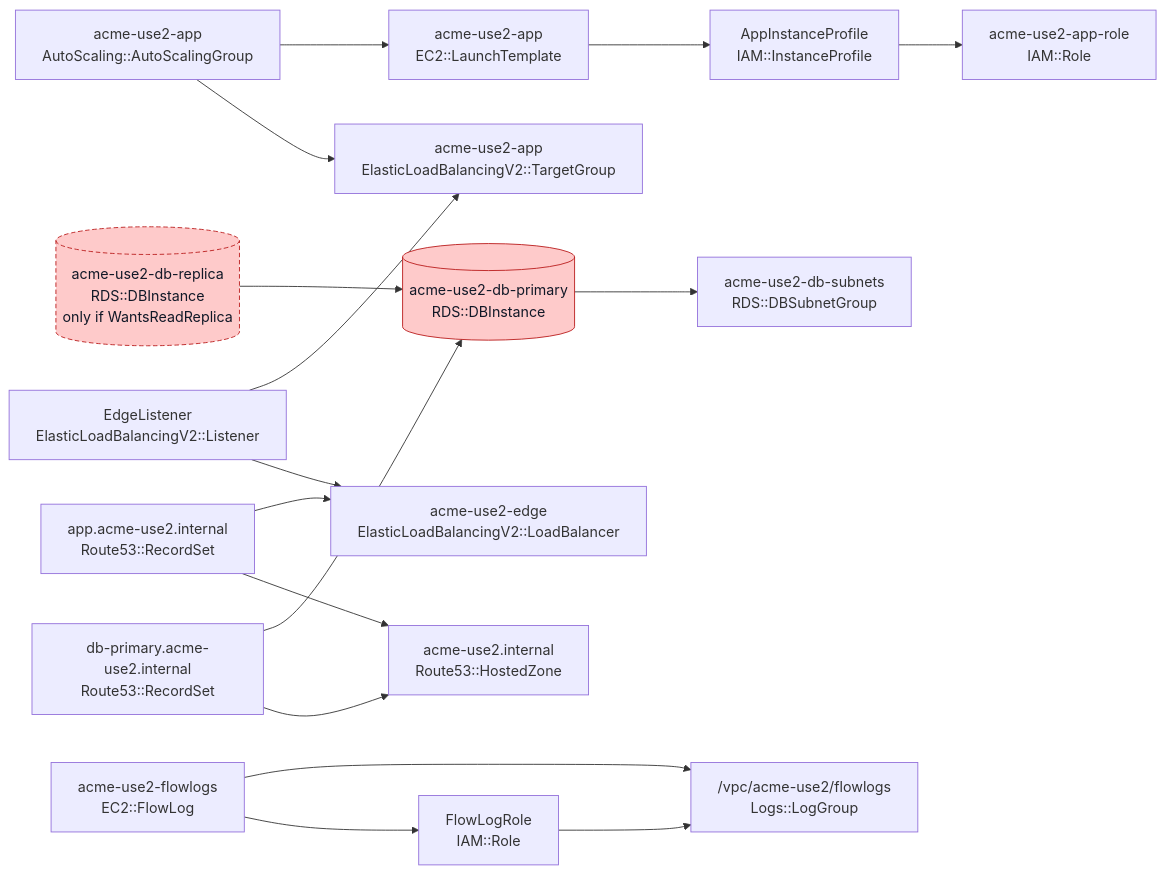
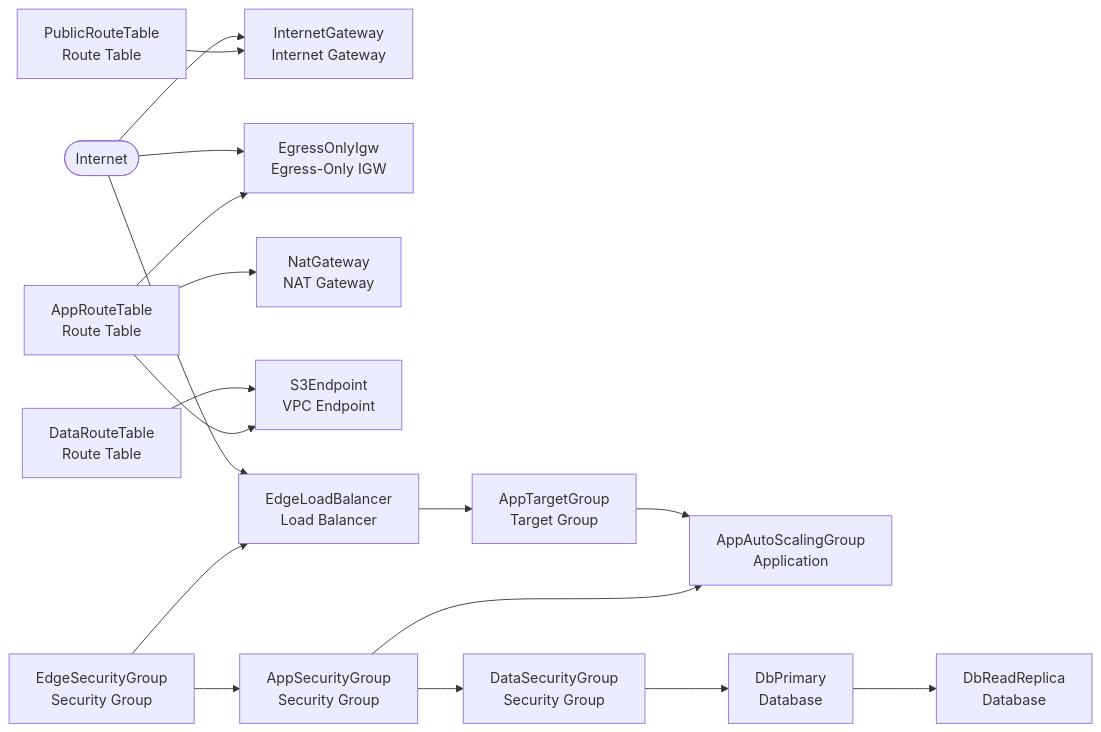
One commit to skyefugate/2026-09-SecKC-AI-Talk changed the diagram in iac/vpc-baseline/README.md. Above: the diagram before and after it, drawn with Mermaid. The commit also changed other lines of this file and 6 other files, not shown here.

First line of the commit message:
refactor(demo-3): KISS the architecture doc generator

````diff
--- a/iac/vpc-baseline/README.md
+++ b/iac/vpc-baseline/README.md
@@ -118,38 +7,35 @@
 ```mermaid
 flowchart LR
-    AppAutoScalingGroup["acme-use2-app<br/>AutoScaling::AutoScalingGroup"]
-    AppInstanceProfile["AppInstanceProfile<br/>IAM::InstanceProfile"]
-    AppInstanceRole["acme-use2-app-role<br/>IAM::Role"]
-    AppLaunchTemplate["acme-use2-app<br/>EC2::LaunchTemplate"]
-    AppRecord["app.acme-use2.internal<br/>Route53::RecordSet"]
-    AppTargetGroup["acme-use2-app<br/>ElasticLoadBalancingV2::TargetGroup"]
-    DbPrimary[("acme-use2-db-primary<br/>RDS::DBInstance")]
-    DbReadReplica[("acme-use2-db-replica<br/>RDS::DBInstance<br/>only if WantsReadReplica")]
-    DbRecord["db-primary.acme-use2.internal<br/>Route53::RecordSet"]
-    DbSubnetGroup["acme-use2-db-subnets<br/>RDS::DBSubnetGroup"]
-    EdgeListener["EdgeListener<br/>ElasticLoadBalancingV2::Listener"]
-    EdgeLoadBalancer["acme-use2-edge<br/>ElasticLoadBalancingV2::LoadBalancer"]
-    FlowLogGroup["/vpc/acme-use2/flowlogs<br/>Logs::LogGroup"]
-    FlowLogRole["FlowLogRole<br/>IAM::Role"]
-    PrivateZone["acme-use2.internal<br/>Route53::HostedZone"]
-    VpcFlowLog["acme-use2-flowlogs<br/>EC2::FlowLog"]
-    AppAutoScalingGroup --> AppLaunchTemplate
-    AppAutoScalingGroup --> AppTargetGroup
-    AppInstanceProfile --> AppInstanceRole
-    AppLaunchTemplate --> AppInstanceProfile
-    AppRecord --> EdgeLoadBalancer
-    AppRecord --> PrivateZone
-    DbPrimary --> DbSubnetGroup
-    DbReadReplica --> DbPrimary
-    DbRecord --> DbPrimary
-    DbRecord --> PrivateZone
-    EdgeListener --> AppTargetGroup
-    EdgeListener --> EdgeLoadBalancer
-    FlowLogRole --> FlowLogGroup
-    VpcFlowLog --> FlowLogGroup
-    VpcFlowLog --> FlowLogRole
-    classDef stateful fill:#fecaca,stroke:#b91c1c,color:#111827;
-    classDef conditional stroke-dasharray: 5 3;
-    class DbPrimary,DbReadReplica stateful;
-    class DbReadReplica conditional;
+    Internet([Internet])
+    InternetGateway["InternetGateway<br>Internet Gateway"]
+    EgressOnlyIgw["EgressOnlyIgw<br>Egress-Only IGW"]
+    NatGateway["NatGateway<br>NAT Gateway"]
+    PublicRouteTable["PublicRouteTable<br>Route Table"]
+    AppRouteTable["AppRouteTable<br>Route Table"]
+    DataRouteTable["DataRouteTable<br>Route Table"]
+    S3Endpoint["S3Endpoint<br>VPC Endpoint"]
+    EdgeSecurityGroup["EdgeSecurityGroup<br>Security Group"]
+    AppSecurityGroup["AppSecurityGroup<br>Security Group"]
+    DataSecurityGroup["DataSecurityGroup<br>Security Group"]
+    EdgeLoadBalancer["EdgeLoadBalancer<br>Load Balancer"]
+    AppTargetGroup["AppTargetGroup<br>Target Group"]
+    AppAutoScalingGroup["AppAutoScalingGroup<br>Application"]
+    DbPrimary["DbPrimary<br>Database"]
+    DbReadReplica["DbReadReplica<br>Database"]
+    AppRouteTable --> EgressOnlyIgw
+    AppRouteTable --> NatGateway
+    AppRouteTable --> S3Endpoint
+    AppSecurityGroup --> AppAutoScalingGroup
+    AppSecurityGroup --> DataSecurityGroup
+    AppTargetGroup --> AppAutoScalingGroup
+    DataRouteTable --> S3Endpoint
+    DataSecurityGroup --> DbPrimary
+    DbPrimary --> DbReadReplica
+    EdgeLoadBalancer --> AppTargetGroup
+    EdgeSecurityGroup --> AppSecurityGroup
+    EdgeSecurityGroup --> EdgeLoadBalancer
+    PublicRouteTable --> InternetGateway
+    Internet --> InternetGateway
+    Internet --> EgressOnlyIgw
+    Internet --> EdgeLoadBalancer
 ```
````
